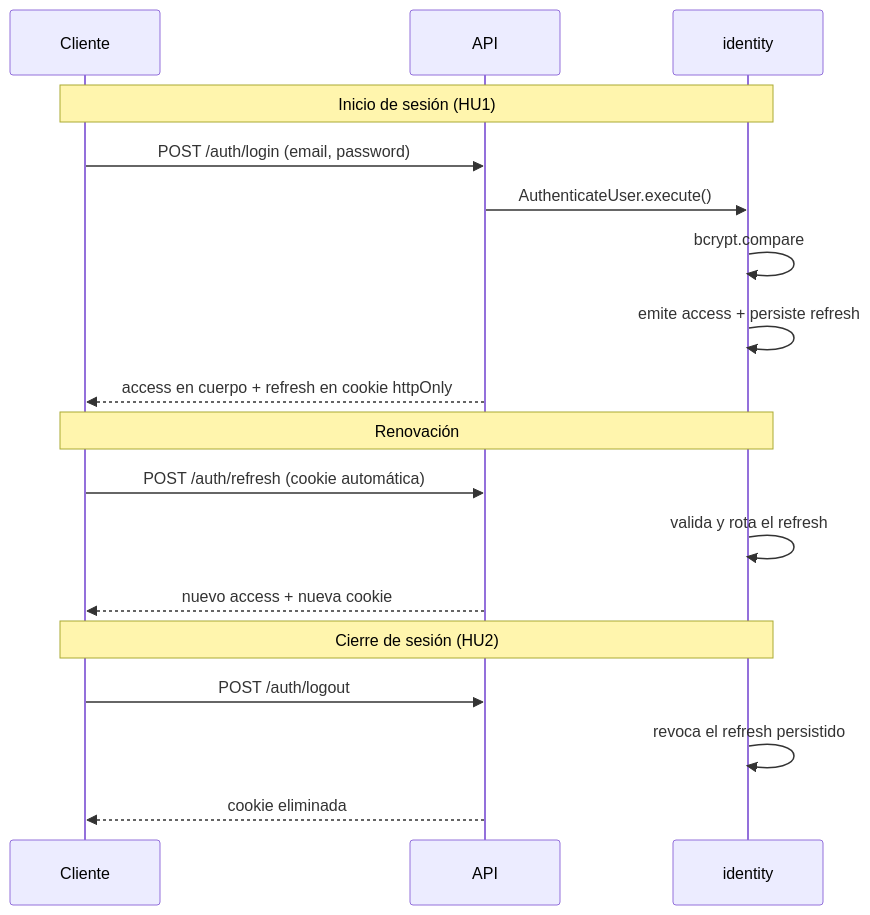
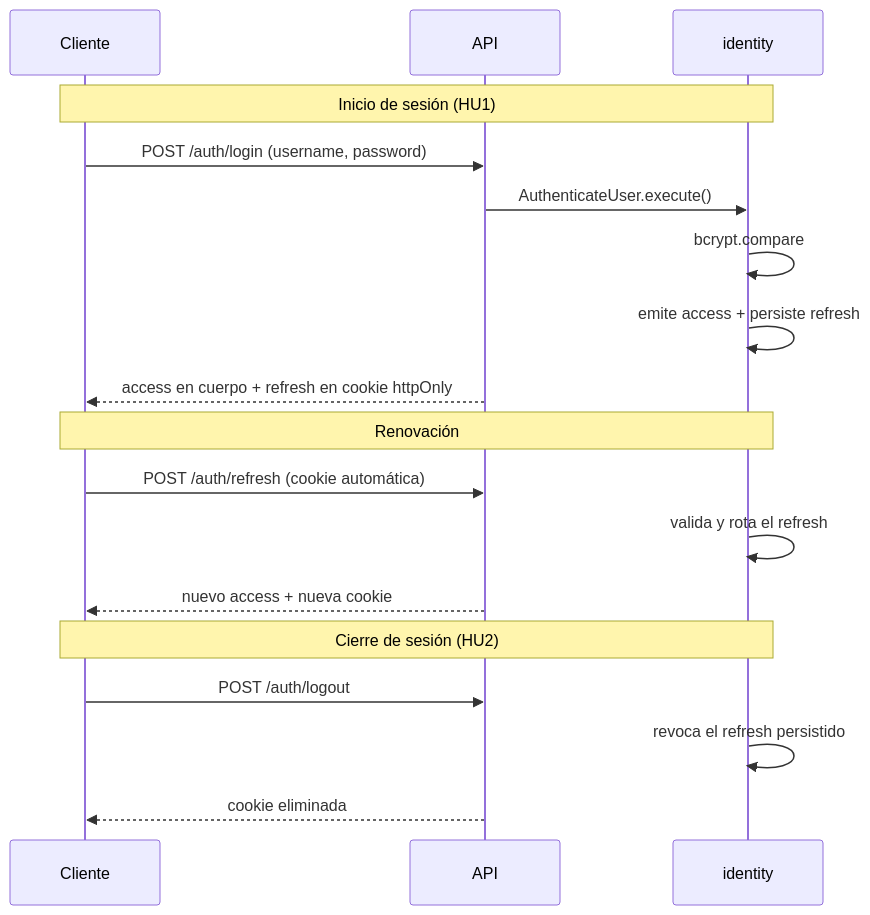
The second of 3 diagrams in docs/Backend-Architecture/MODULO_AUTH.md (ezepurro/vzcausas), drawn with Mermaid before and after one commit. The commit also changed other lines of this file and 3 other files, not shown here.

````diff
--- a/docs/Backend-Architecture/MODULO_AUTH.md
+++ b/docs/Backend-Architecture/MODULO_AUTH.md
@@ -68,23 +71,23 @@
 ```mermaid
 sequenceDiagram
     participant C as Cliente
     participant API as API
     participant ID as identity
 
     Note over C,ID: Inicio de sesión (HU1)
-    C->>API: POST /auth/login (email, password)
+    C->>API: POST /auth/login (username, password)
     API->>ID: AuthenticateUser.execute()
     ID->>ID: bcrypt.compare
     ID->>ID: emite access + persiste refresh
     API-->>C: access en cuerpo + refresh en cookie httpOnly
 
     Note over C,ID: Renovación
     C->>API: POST /auth/refresh (cookie automática)
     ID->>ID: valida y rota el refresh
     API-->>C: nuevo access + nueva cookie
 
     Note over C,ID: Cierre de sesión (HU2)
     C->>API: POST /auth/logout
     ID->>ID: revoca el refresh persistido
     API-->>C: cookie eliminada
 ```
````
